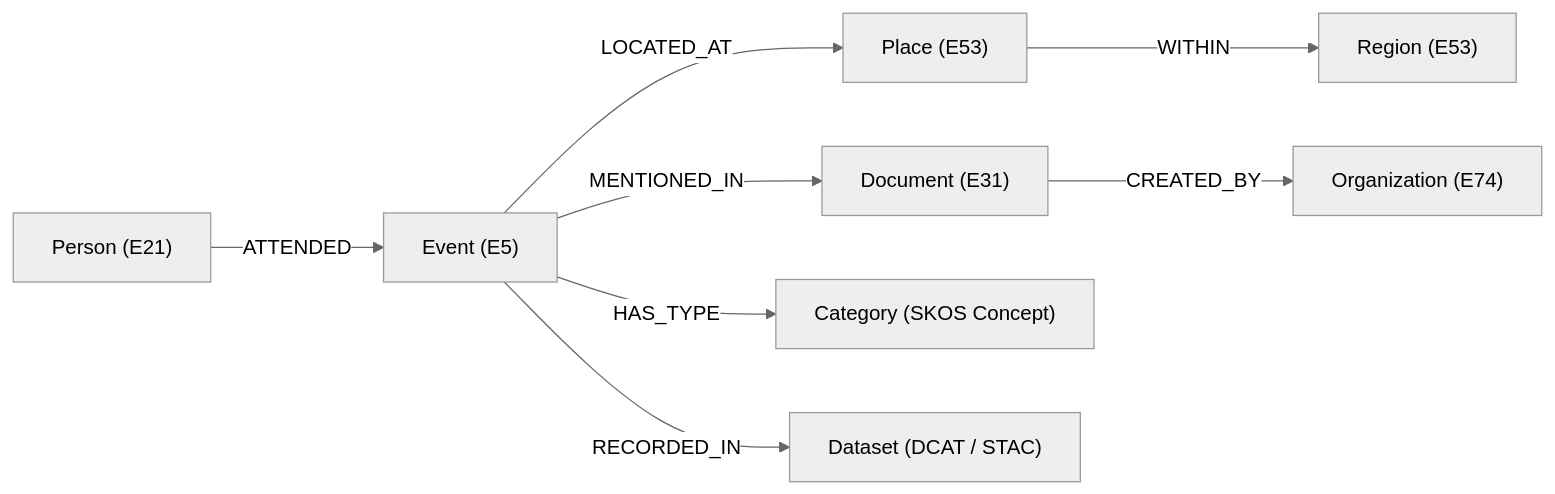
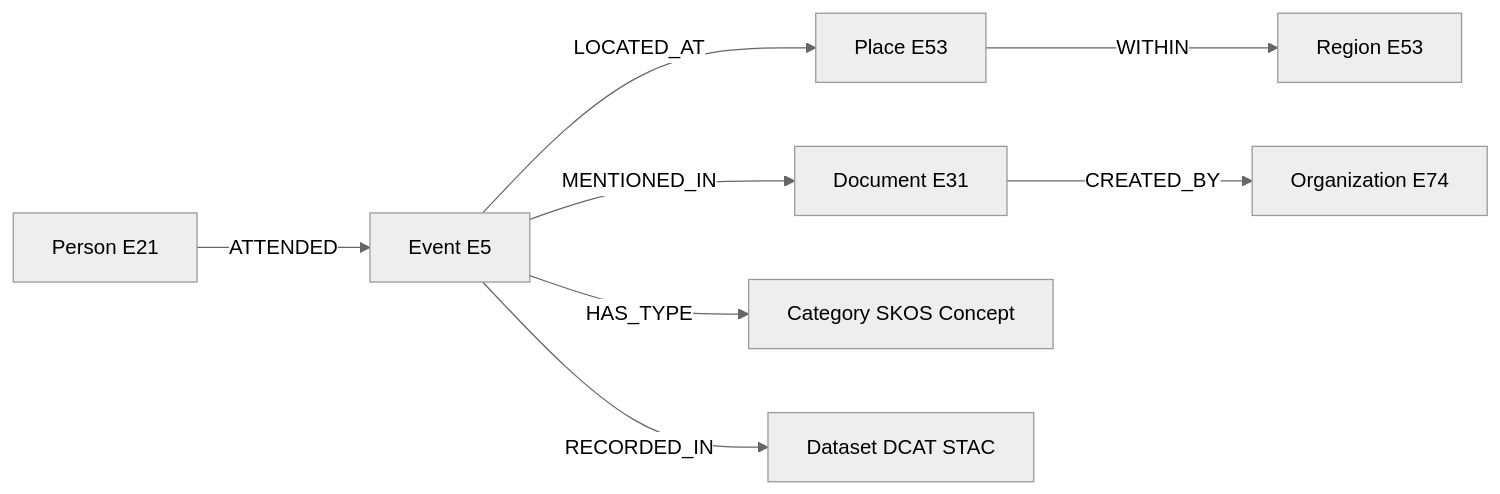
The diagram in src/graph/README.md (bartytime4life/Kansas-Frontier-Matrix), drawn with Mermaid (neutral theme) before and after one commit.

Commit message:
Update graph schema labels in README

````diff
--- a/src/graph/README.md
+++ b/src/graph/README.md
@@ -52,10 +52,10 @@
 ```mermaid
 flowchart LR
-    A["Person (E21)"] -->|"ATTENDED"| B["Event (E5)"]
-    B -->|"LOCATED_AT"| C["Place (E53)"]
-    B -->|"MENTIONED_IN"| D["Document (E31)"]
-    C -->|"WITHIN"| E["Region (E53)"]
-    D -->|"CREATED_BY"| F["Organization (E74)"]
-    B -->|"HAS_TYPE"| G["Category (SKOS Concept)"]
-    B -->|"RECORDED_IN"| H["Dataset (DCAT / STAC)"]
+    A["Person E21"] -->|"ATTENDED"| B["Event E5"]
+    B -->|"LOCATED_AT"| C["Place E53"]
+    B -->|"MENTIONED_IN"| D["Document E31"]
+    C -->|"WITHIN"| E["Region E53"]
+    D -->|"CREATED_BY"| F["Organization E74"]
+    B -->|"HAS_TYPE"| G["Category SKOS Concept"]
+    B -->|"RECORDED_IN"| H["Dataset DCAT STAC"]
 ```
````
